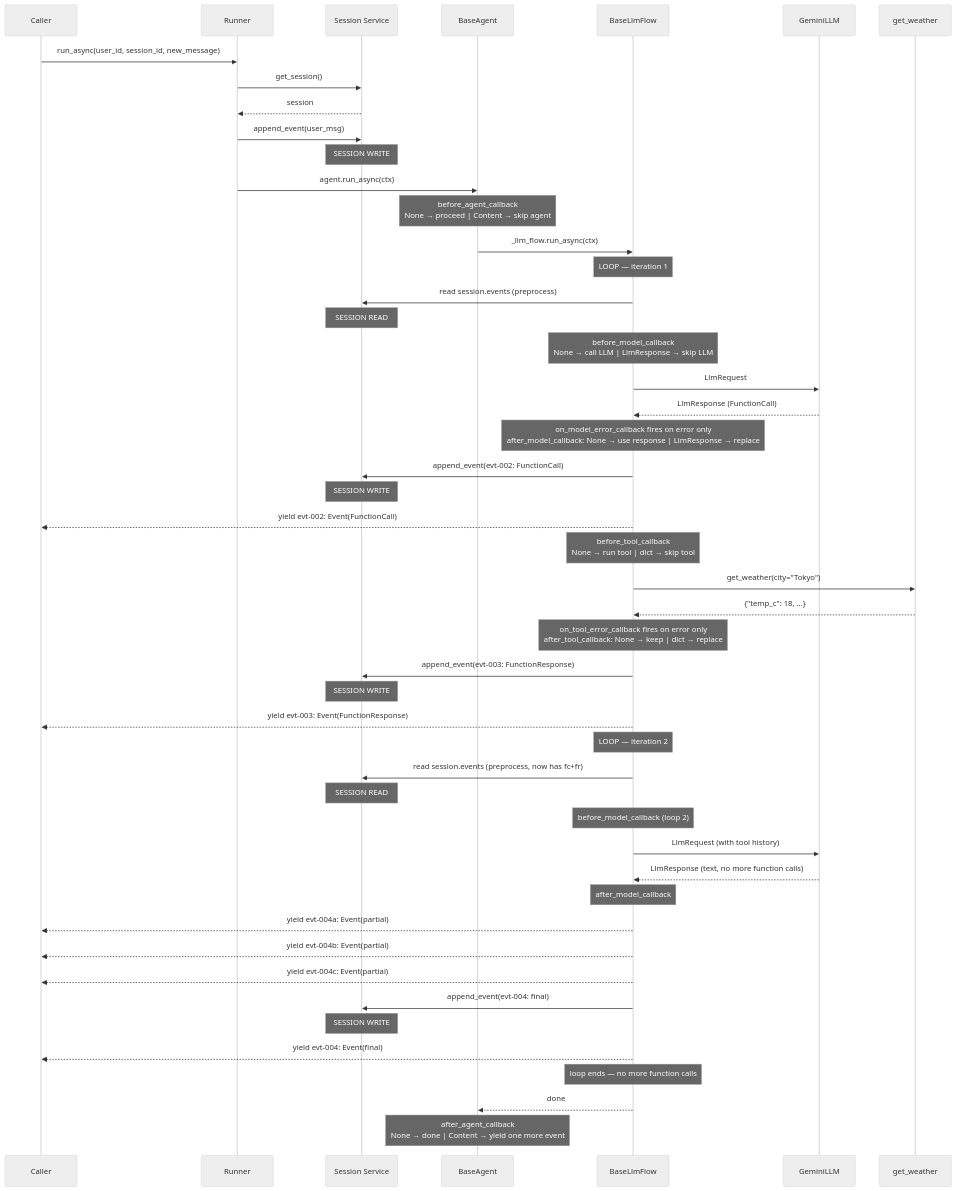
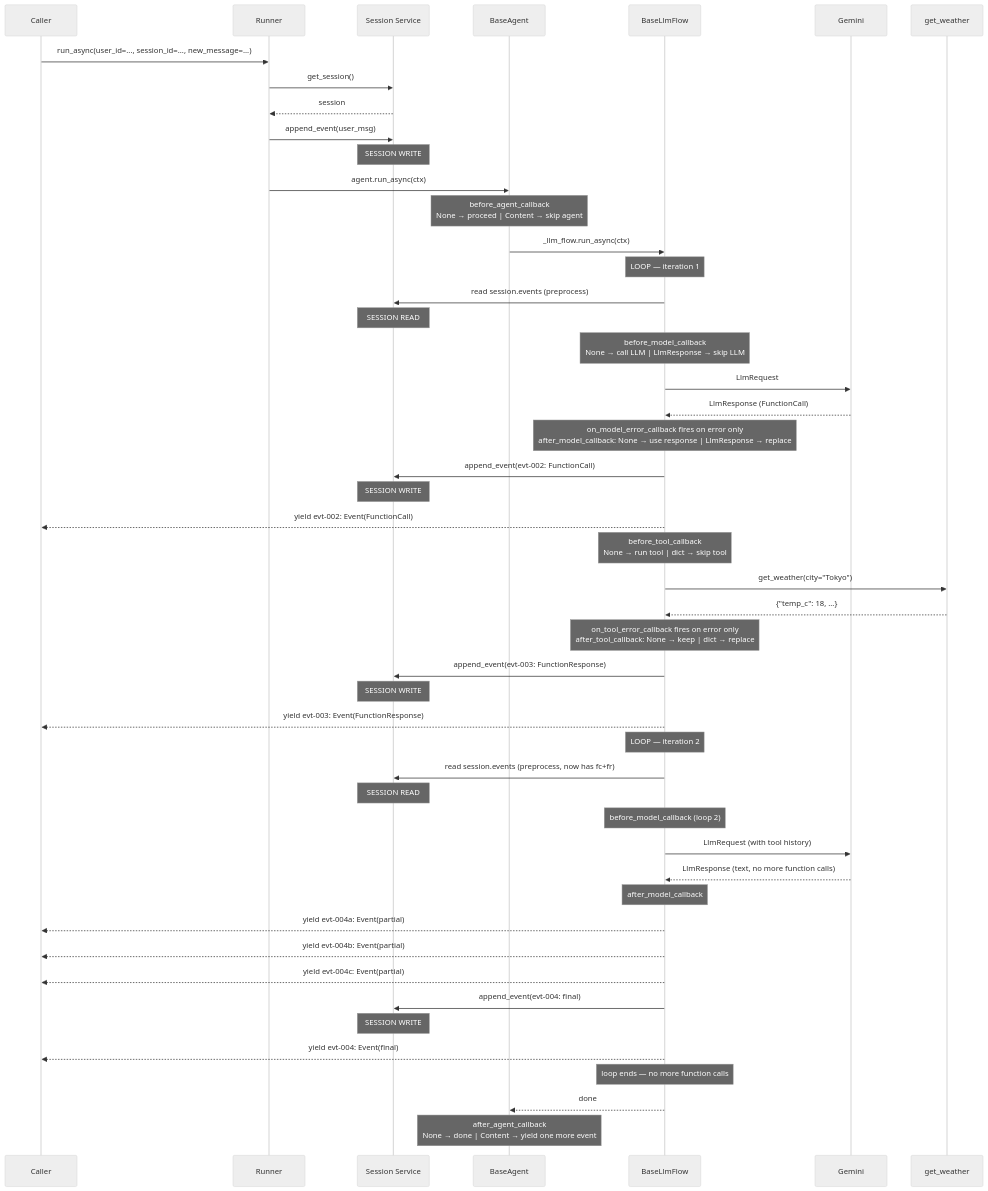
The diagram in adk/01-request-lifecycle.md (IvanWeiZ/learning-adk), drawn with Mermaid (neutral theme) before and after one commit. The commit also changed other lines of this file and 12 other files, not shown here.

````diff
--- a/adk/01-request-lifecycle.md
+++ b/adk/01-request-lifecycle.md
@@ -447,74 +448,74 @@
 ```mermaid
 sequenceDiagram
     participant Caller
     participant Runner
     participant SessionSvc as Session Service
     participant BaseAgent
     participant LlmFlow as BaseLlmFlow
-    participant Gemini as GeminiLLM
+    participant Gemini as Gemini
     participant Tool as get_weather
 
-    Caller->>Runner: run_async(user_id, session_id, new_message)
+    Caller->>Runner: run_async(user_id=..., session_id=..., new_message=...)
 
     %% 1. RUNNER
     Runner->>SessionSvc: get_session()
     SessionSvc-->>Runner: session
     Runner->>SessionSvc: append_event(user_msg)
     Note over SessionSvc: SESSION WRITE
 
     Runner->>BaseAgent: agent.run_async(ctx)
 
     %% 2. BASE AGENT
     Note over BaseAgent: before_agent_callback<br/>None → proceed | Content → skip agent
 
     BaseAgent->>LlmFlow: _llm_flow.run_async(ctx)
 
     %% 3. LLM FLOW LOOP 1
     Note over LlmFlow: LOOP — iteration 1
     LlmFlow->>SessionSvc: read session.events (preprocess)
     Note over SessionSvc: SESSION READ
 
     Note over LlmFlow: before_model_callback<br/>None → call LLM | LlmResponse → skip LLM
 
     LlmFlow->>Gemini: LlmRequest
     Gemini-->>LlmFlow: LlmResponse (FunctionCall)
     Note over LlmFlow: on_model_error_callback fires on error only<br/>after_model_callback: None → use response | LlmResponse → replace
 
     LlmFlow->>SessionSvc: append_event(evt-002: FunctionCall)
     Note over SessionSvc: SESSION WRITE
     LlmFlow-->>Caller: yield evt-002: Event(FunctionCall)
 
     Note over LlmFlow: before_tool_callback<br/>None → run tool | dict → skip tool
 
     LlmFlow->>Tool: get_weather(city="Tokyo")
     Tool-->>LlmFlow: {"temp_c": 18, ...}
     Note over LlmFlow: on_tool_error_callback fires on error only<br/>after_tool_callback: None → keep | dict → replace
 
     LlmFlow->>SessionSvc: append_event(evt-003: FunctionResponse)
     Note over SessionSvc: SESSION WRITE
     LlmFlow-->>Caller: yield evt-003: Event(FunctionResponse)
 
     %% 3. LLM FLOW LOOP 2
     Note over LlmFlow: LOOP — iteration 2
     LlmFlow->>SessionSvc: read session.events (preprocess, now has fc+fr)
     Note over SessionSvc: SESSION READ
 
     Note over LlmFlow: before_model_callback (loop 2)
 
     LlmFlow->>Gemini: LlmRequest (with tool history)
     Gemini-->>LlmFlow: LlmResponse (text, no more function calls)
     Note over LlmFlow: after_model_callback
 
     LlmFlow-->>Caller: yield evt-004a: Event(partial)
     LlmFlow-->>Caller: yield evt-004b: Event(partial)
     LlmFlow-->>Caller: yield evt-004c: Event(partial)
 
     LlmFlow->>SessionSvc: append_event(evt-004: final)
     Note over SessionSvc: SESSION WRITE
     LlmFlow-->>Caller: yield evt-004: Event(final)
     Note over LlmFlow: loop ends — no more function calls
 
     %% 4. BACK TO BASE AGENT
     LlmFlow-->>BaseAgent: done
     Note over BaseAgent: after_agent_callback<br/>None → done | Content → yield one more event
 ```
````
